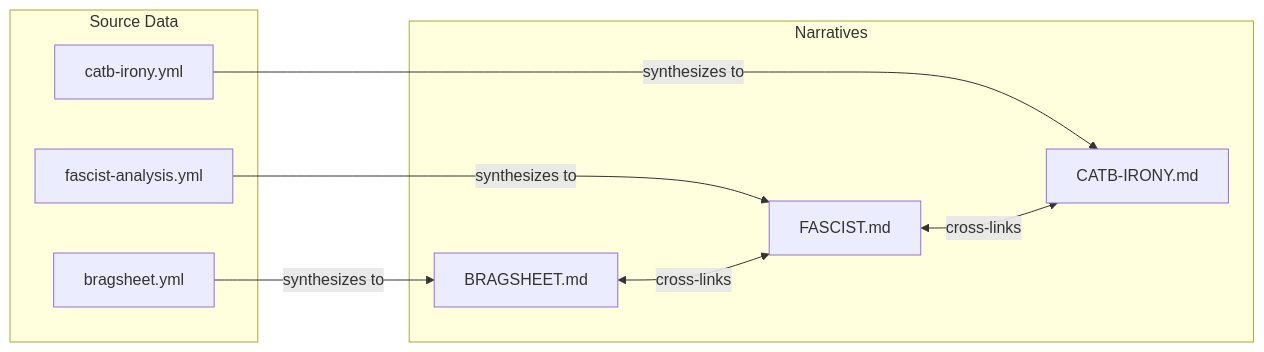
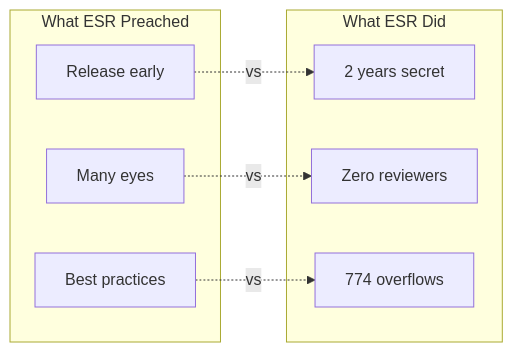
One commit to SimHacker/tmnn7-8 changed the fifth of 6 diagrams in analysis/README.md. Above: the diagram before and after it, drawn with Mermaid. The commit also changed other lines of this file and 5 other files, not shown here.

First line of the commit message:
Create comprehensive analysis index with mermaid diagrams

````diff
--- a/analysis/README.md
+++ b/analysis/README.md
@@ -13,21 +114,18 @@
 ```mermaid
 flowchart LR
-    subgraph sources["Source Data"]
-        yml1["bragsheet.yml"]
-        yml2["fascist-analysis.yml"]
-        yml3["catb-irony.yml"]
+    subgraph said["What ESR Preached"]
+        s1["Release early"]
+        s2["Many eyes"]
+        s3["Best practices"]
     end
     
-    subgraph narratives["Narratives"]
-        md1["BRAGSHEET.md"]
-        md2["FASCIST.md"]
-        md3["CATB-IRONY.md"]
+    subgraph did["What ESR Did"]
+        d1["2 years secret"]
+        d2["Zero reviewers"]
+        d3["774 overflows"]
     end
     
-    yml1 -->|synthesizes to| md1
-    yml2 -->|synthesizes to| md2
-    yml3 -->|synthesizes to| md3
-    
-    md1 <-->|cross-links| md2
-    md2 <-->|cross-links| md3
+    s1 -.->|vs| d1
+    s2 -.->|vs| d2
+    s3 -.->|vs| d3
 ```
````
